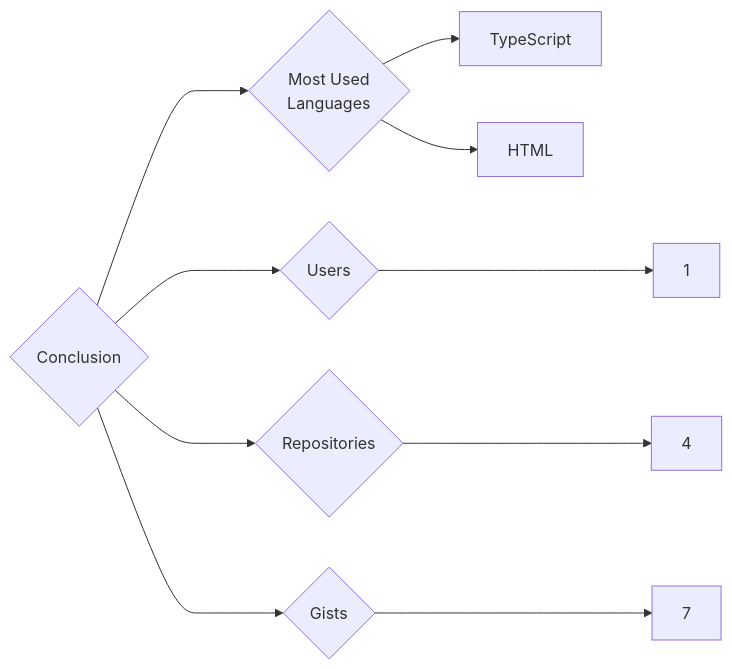
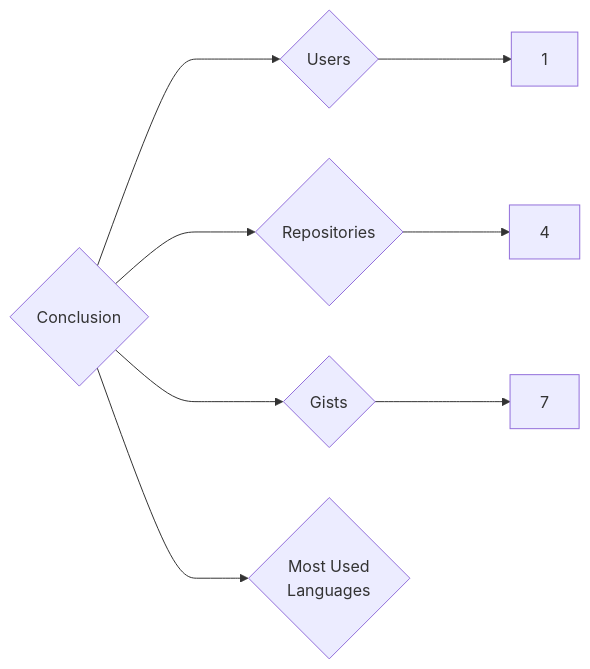
The diagram in targets/Conclusion/README.md (trickest/insiders), drawn with Mermaid before and after one commit. The commit also changed 912 other files, not shown here.

````diff
--- a/targets/Conclusion/README.md
+++ b/targets/Conclusion/README.md
@@ -3,10 +3,8 @@
 ```mermaid
 graph LR
 COMPANY_NAME{Conclusion}
 COMPANY_NAME ---> U{Users} ---> UN[1]
 COMPANY_NAME ---> R{Repositories} ---> RN[4]
 COMPANY_NAME ---> G{Gists} ---> GN[7]
 COMPANY_NAME ---> ML{Most Used<br>Languages}
-ML --> TypeScript[TypeScript]
-ML --> HTML[HTML]
 ```
````
